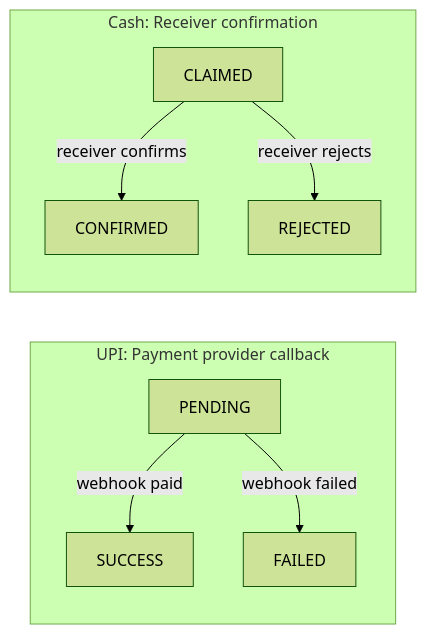
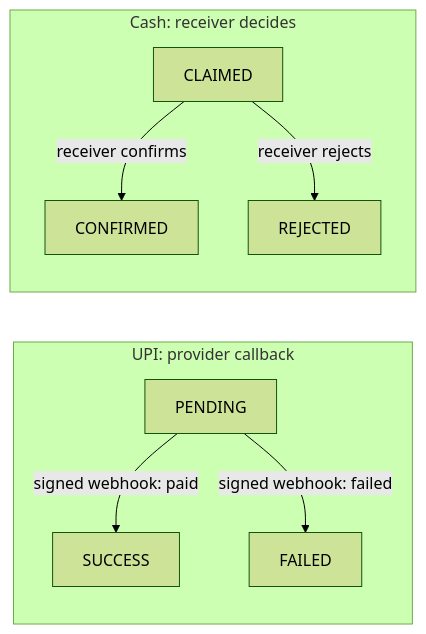
Before and after one commit to AdityaP700/Akira: the second of 2 diagrams in README.md, drawn with Mermaid (forest theme). The commit also changed other lines of this file and 29 other files, not shown here.

````diff
--- a/README.md
+++ b/README.md
@@ -164,11 +130,11 @@
 ```mermaid
 flowchart LR
-    subgraph UPI["UPI: Payment provider callback"]
-        P["PENDING"] -- "webhook paid" --> S["SUCCESS"]
-        P -- "webhook failed" --> F["FAILED"]
+    subgraph UPI["UPI: provider callback"]
+        P["PENDING"] -- "signed webhook: paid" --> S["SUCCESS"]
+        P -- "signed webhook: failed" --> F["FAILED"]
     end
-    subgraph Cash["Cash: Receiver confirmation"]
+    subgraph Cash["Cash: receiver decides"]
         C["CLAIMED"] -- "receiver confirms" --> OK["CONFIRMED"]
         C -- "receiver rejects" --> X["REJECTED"]
     end
 ```
````
